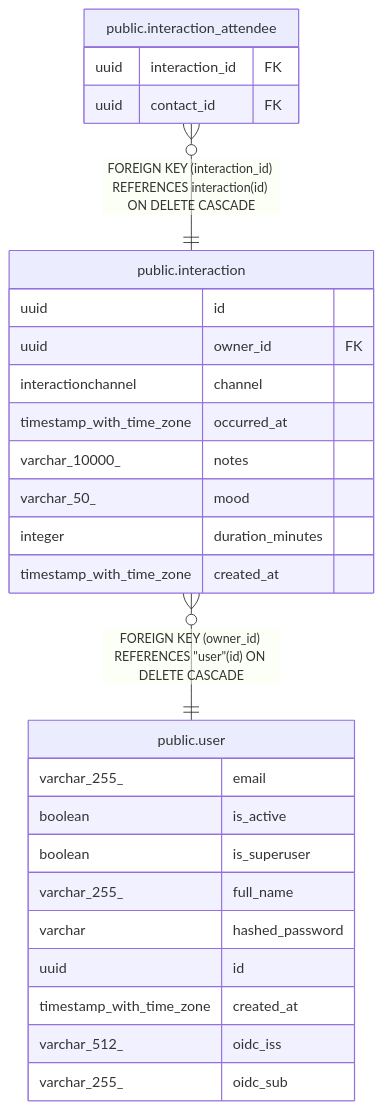
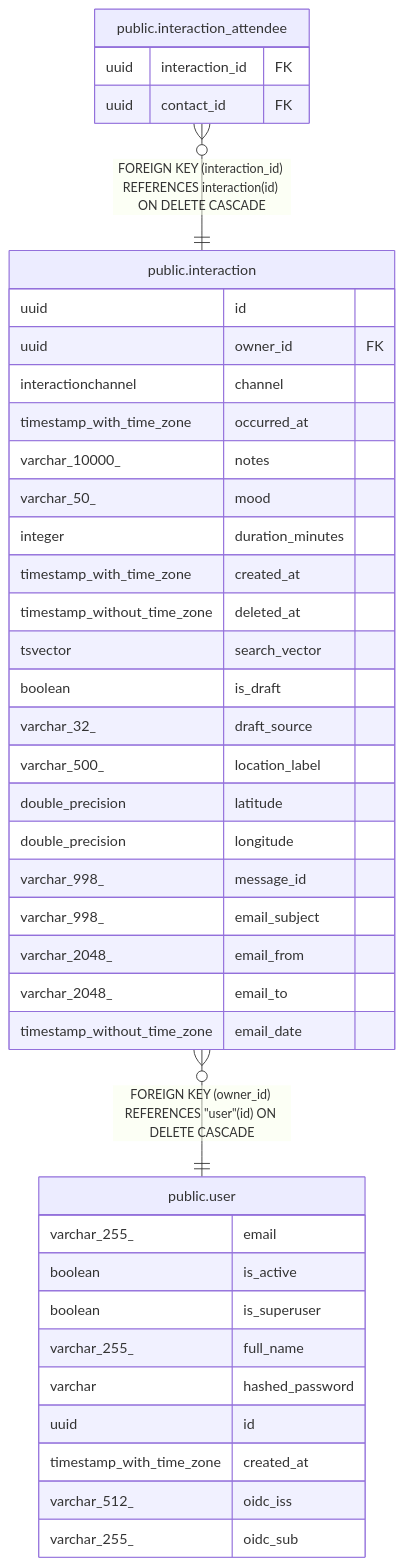
Before and after one commit to pike00/Kindred: the diagram in docs/db/public.interaction.md, drawn with Mermaid. The commit also changed other lines of this file and 32 other files, not shown here.

Commit message:
docs: regenerate db schema docs (tbls) — sync with live schema

````diff
--- a/docs/db/public.interaction.md
+++ b/docs/db/public.interaction.md
@@ -43,32 +64,44 @@
 ```mermaid
 erDiagram
 
 "public.interaction_attendee" }o--|| "public.interaction" : "FOREIGN KEY (interaction_id) REFERENCES interaction(id) ON DELETE CASCADE"
 "public.interaction" }o--|| "public.user" : "FOREIGN KEY (owner_id) REFERENCES #quot;user#quot;(id) ON DELETE CASCADE"
 
 "public.interaction" {
   uuid id
   uuid owner_id FK
   interactionchannel channel
   timestamp_with_time_zone occurred_at
   varchar_10000_ notes
   varchar_50_ mood
   integer duration_minutes
   timestamp_with_time_zone created_at
+  timestamp_without_time_zone deleted_at
+  tsvector search_vector
+  boolean is_draft
+  varchar_32_ draft_source
+  varchar_500_ location_label
+  double_precision latitude
+  double_precision longitude
+  varchar_998_ message_id
+  varchar_998_ email_subject
+  varchar_2048_ email_from
+  varchar_2048_ email_to
+  timestamp_without_time_zone email_date
 }
 "public.interaction_attendee" {
   uuid interaction_id FK
   uuid contact_id FK
 }
 "public.user" {
   varchar_255_ email
   boolean is_active
   boolean is_superuser
   varchar_255_ full_name
   varchar hashed_password
   uuid id
   timestamp_with_time_zone created_at
   varchar_512_ oidc_iss
   varchar_255_ oidc_sub
 }
 ```
````
